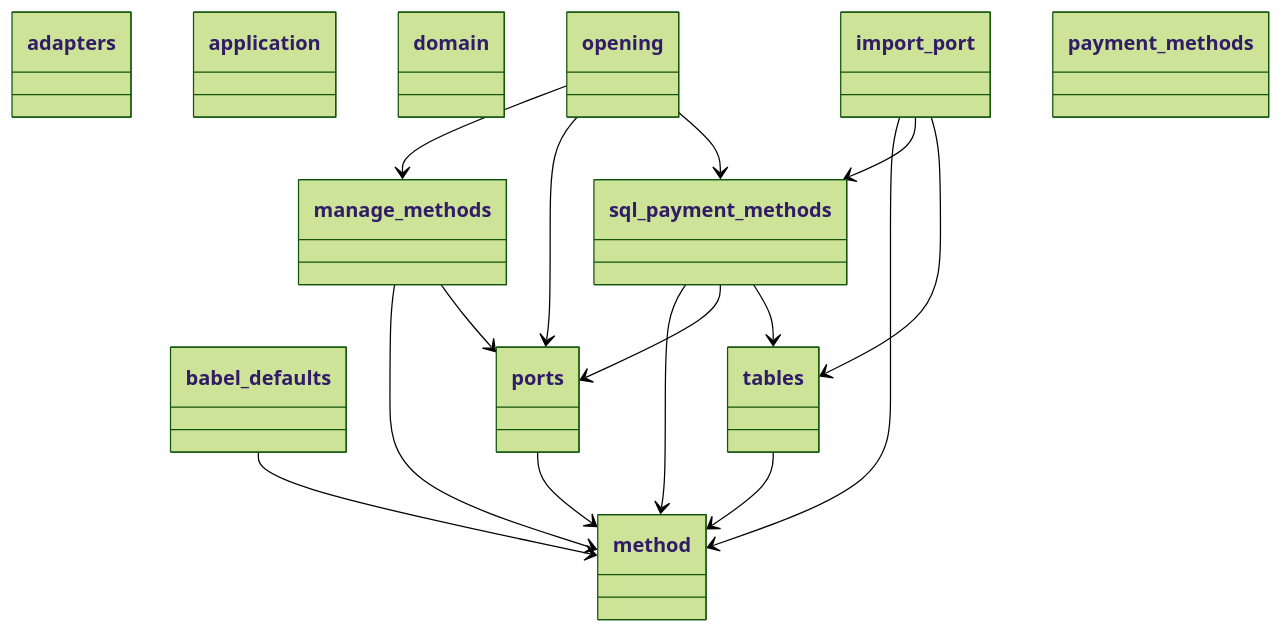
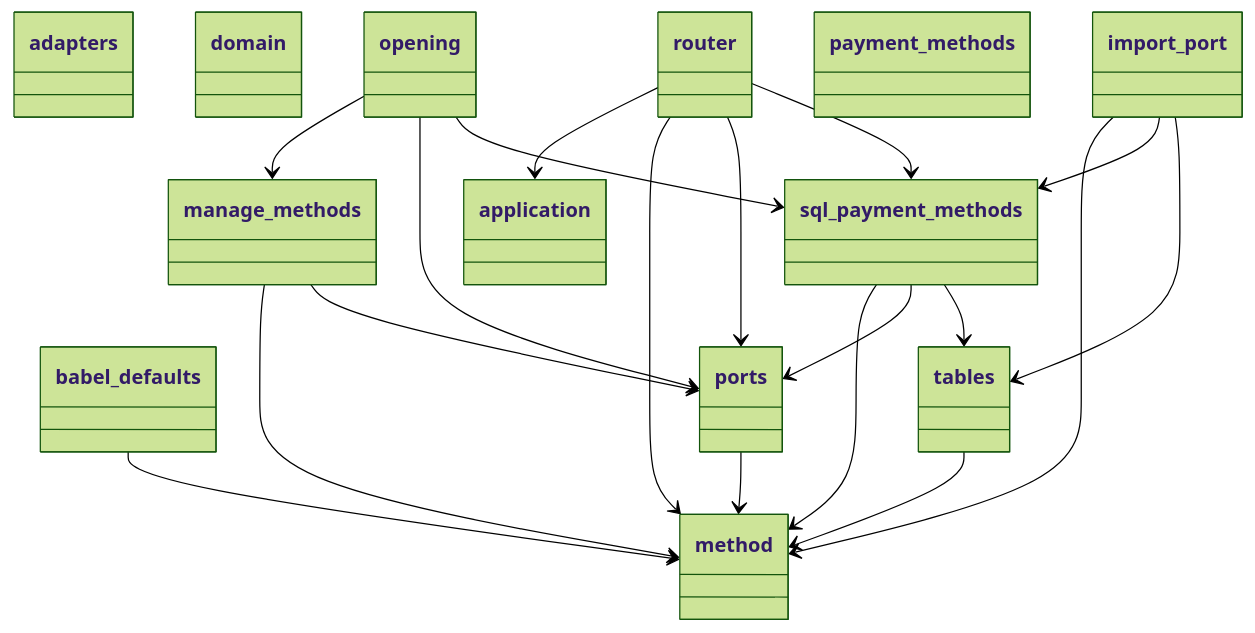
Before and after one commit to GonzaloZevallos/apostrophe: the first of 4 diagrams in docs/architecture/generated/classes/payment_methods.md, drawn with Mermaid (forest theme). The commit also changed other lines of this file and 9 other files, not shown here.

Commit message:
Docs: regenerate the API and architecture pages; tests for import, contract shapes and payments on method ids

````diff
--- a/docs/architecture/generated/classes/payment_methods.md
+++ b/docs/architecture/generated/classes/payment_methods.md
@@ -7,41 +7,47 @@
 ```mermaid
 classDiagram
   class adapters {
   }
   class application {
   }
   class babel_defaults {
   }
   class domain {
   }
   class import_port {
   }
   class manage_methods {
   }
   class method {
   }
   class opening {
   }
   class payment_methods {
   }
   class ports {
   }
+  class router {
+  }
   class sql_payment_methods {
   }
   class tables {
   }
   babel_defaults --> method
   import_port --> method
   import_port --> sql_payment_methods
   import_port --> tables
   manage_methods --> method
   manage_methods --> ports
   opening --> manage_methods
   opening --> ports
   opening --> sql_payment_methods
   ports --> method
+  router --> application
+  router --> method
+  router --> ports
+  router --> sql_payment_methods
   sql_payment_methods --> method
   sql_payment_methods --> ports
   sql_payment_methods --> tables
   tables --> method
 ```
````
